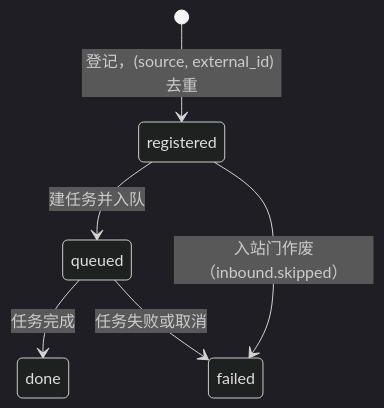
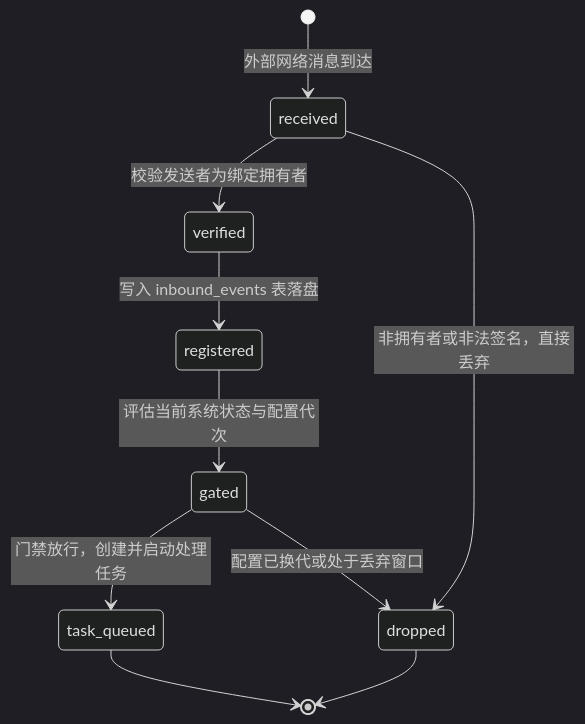
Before and after one commit to num-lab/Ruukoto: the first of 2 diagrams in docs/modules/channels.md, drawn with Mermaid (dark theme). The commit also changed other lines of this file and 19 other files, not shown here.

````diff
--- a/docs/modules/channels.md
+++ b/docs/modules/channels.md
@@ -117,8 +47,12 @@
 ```mermaid
 stateDiagram-v2
-    [*] --> registered : 登记，(source, external_id) 去重
-    registered --> queued : 建任务并入队
-    registered --> failed : 入站门作废（inbound.skipped）
-    queued --> done : 任务完成
-    queued --> failed : 任务失败或取消
+  [*] --> received: 外部网络消息到达
+  received --> verified: 校验发送者为绑定拥有者
+  received --> dropped: 非拥有者或非法签名，直接丢弃
+  verified --> registered: 写入 inbound_events 表落盘
+  registered --> gated: 评估当前系统状态与配置代次
+  gated --> task_queued: 门禁放行，创建并启动处理任务
+  gated --> dropped: 配置已换代或处于丢弃窗口
+  task_queued --> [*]
+  dropped --> [*]
 ```
````
